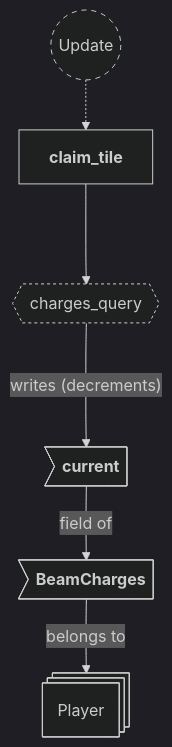
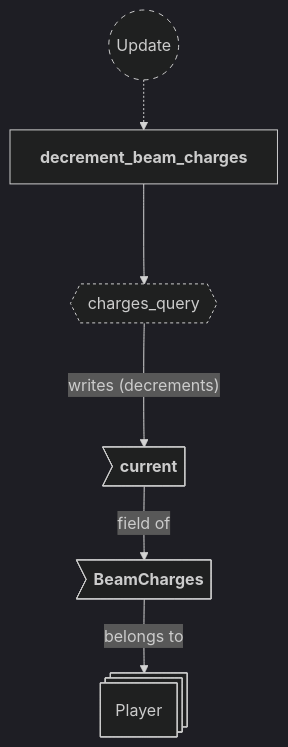
Diagram 12 of 12 in backlog/docs/doc-7 - 006-Beam-plugin.md (neurosoup/tyled), drawn with Mermaid before and after one commit. The commit also changed other lines of this file and 4 other files, not shown here.

Commit message:
Animations: rename systems and update docs for BeamChargesChanged removal

````diff
--- a/backlog/docs/doc-7 - 006-Beam-plugin.md
+++ b/backlog/docs/doc-7 - 006-Beam-plugin.md
@@ -429,25 +408,25 @@
 ```mermaid
 ---
 config:
   theme: dark
 ---
 
 flowchart TD
 classDef system-group stroke-dasharray: 5 5
 classDef query stroke-dasharray: 3 3
 
 update(("`Update`")):::system-group
-claim_tile["`**claim_tile**`"]
+decrement_beam_charges["`**decrement_beam_charges**`"]
 
-update -.-> claim_tile
+update -.-> decrement_beam_charges
 
 charges_query{{"`charges_query`"}}:::query
-claim_tile ---> charges_query
+decrement_beam_charges ---> charges_query
 
 player_entity@{ shape: st-rect, label: "Player" }
 
 pe_charges>"`**BeamCharges**`"] --> |belongs to| player_entity
 pe_current>"`**current**`"] --> |field of| pe_charges
 
 charges_query ---> |"writes (decrements)"| pe_current
 ```
````
